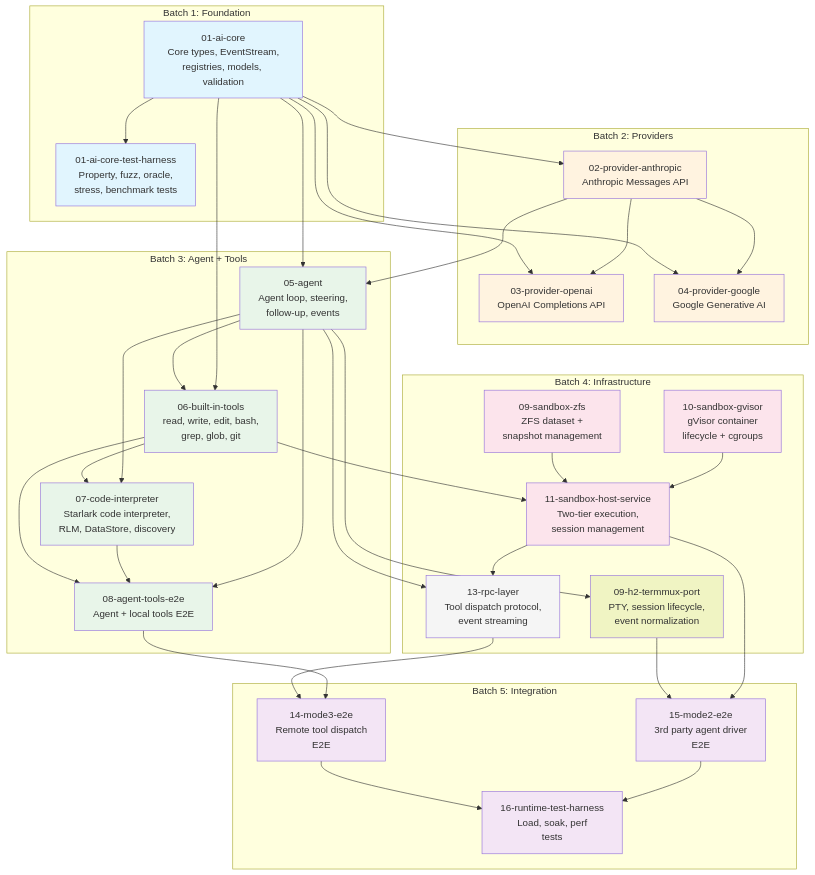
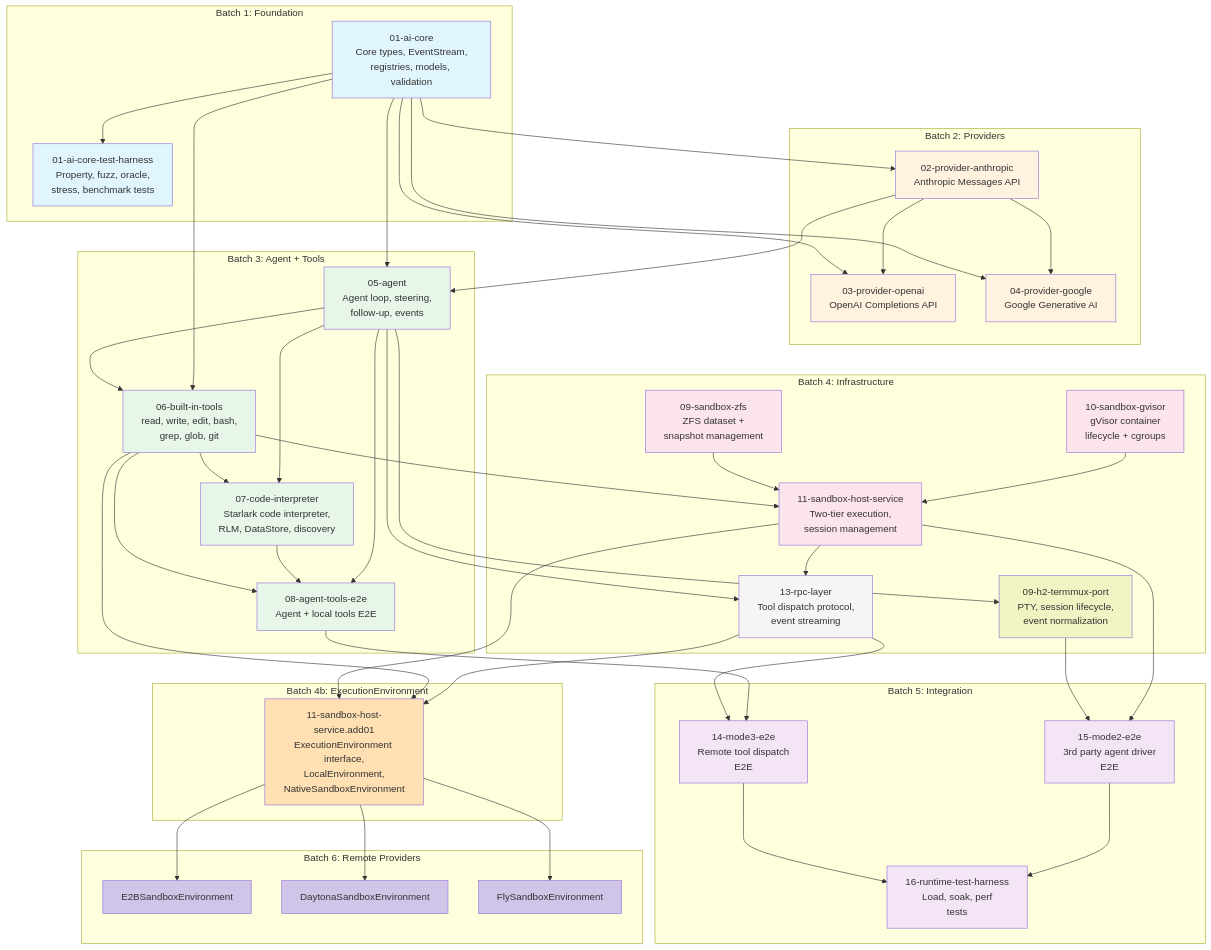
Before and after one commit to dcosson/flex-agent-runtime: the diagram in docs/plans/00-plan-index.md, drawn with Mermaid. The commit also changed other lines of this file, not shown here.

Commit message:
Add Batch 4b (ExecutionEnvironment) and Batch 6 (Remote Providers) to plan index

````diff
--- a/docs/plans/00-plan-index.md
+++ b/docs/plans/00-plan-index.md
@@ -110,10 +129,20 @@
         M[13-rpc-layer<br/>Tool dispatch protocol,<br/>event streaming]
     end
 
+    subgraph "Batch 4b: ExecutionEnvironment"
+        Q[11-sandbox-host-service.add01<br/>ExecutionEnvironment interface,<br/>LocalEnvironment,<br/>NativeSandboxEnvironment]
+    end
+
     subgraph "Batch 5: Integration"
         N[14-mode3-e2e<br/>Remote tool dispatch<br/>E2E]
         O[15-mode2-e2e<br/>3rd party agent driver<br/>E2E]
         P[16-runtime-test-harness<br/>Load, soak, perf<br/>tests]
+    end
+
+    subgraph "Batch 6: Remote Providers"
+        R[E2BSandboxEnvironment]
+        S[DaytonaSandboxEnvironment]
+        T[FlySandboxEnvironment]
     end
 
     A --> AH
@@ -146,6 +175,13 @@
     N --> P
     O --> P
 
+    K --> Q
+    F --> Q
+    M --> Q
+    Q --> R
+    Q --> S
+    Q --> T
+
     style A fill:#e1f5fe
     style AH fill:#e1f5fe
     style B fill:#fff3e0
@@ -163,4 +199,8 @@
     style N fill:#f3e5f5
     style O fill:#f3e5f5
     style P fill:#f3e5f5
+    style Q fill:#ffe0b2
+    style R fill:#d1c4e9
+    style S fill:#d1c4e9
+    style T fill:#d1c4e9
 ```
````
